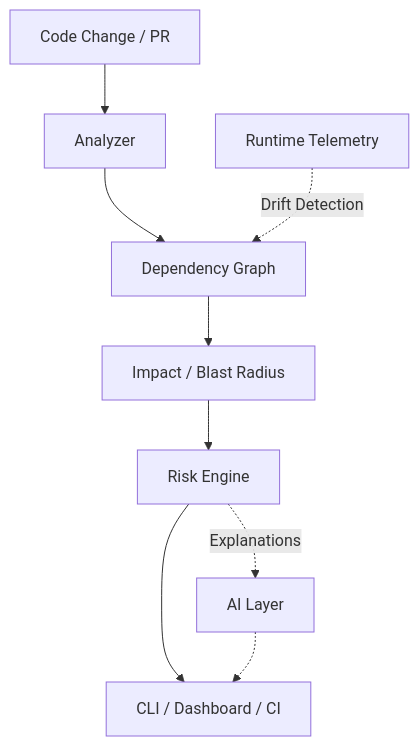
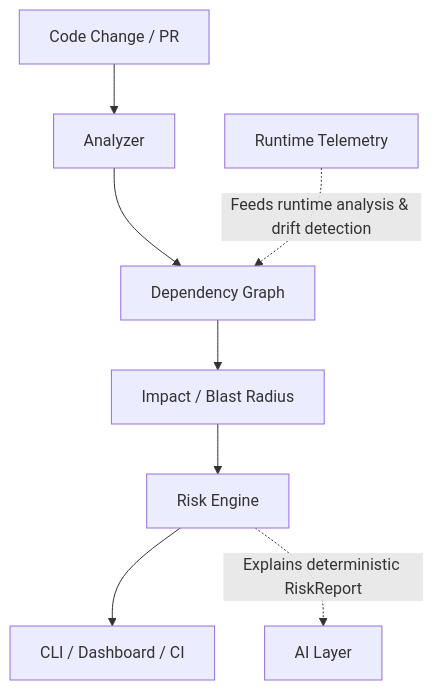
One commit to Nisarg0007/ripple changed the diagram in README.md. Above: the diagram before and after it, drawn with Mermaid. The commit also changed other lines of this file, not shown here.

````diff
--- a/README.md
+++ b/README.md
@@ -24,13 +44,11 @@
 ```mermaid
 graph TD
     A[Code Change / PR] --> B[Analyzer]
     B --> C[Dependency Graph]
     C --> D[Impact / Blast Radius]
     D --> E[Risk Engine]
-    
-    R[Runtime Telemetry] -.->|Drift Detection| C
     E --> F[CLI / Dashboard / CI]
     
-    E -.->|Explanations| AI[AI Layer]
-    AI -.-> F
+    R[Runtime Telemetry] -.->|Feeds runtime analysis & drift detection| C
+    E -.->|Explains deterministic RiskReport| AI[AI Layer]
 ```
````
